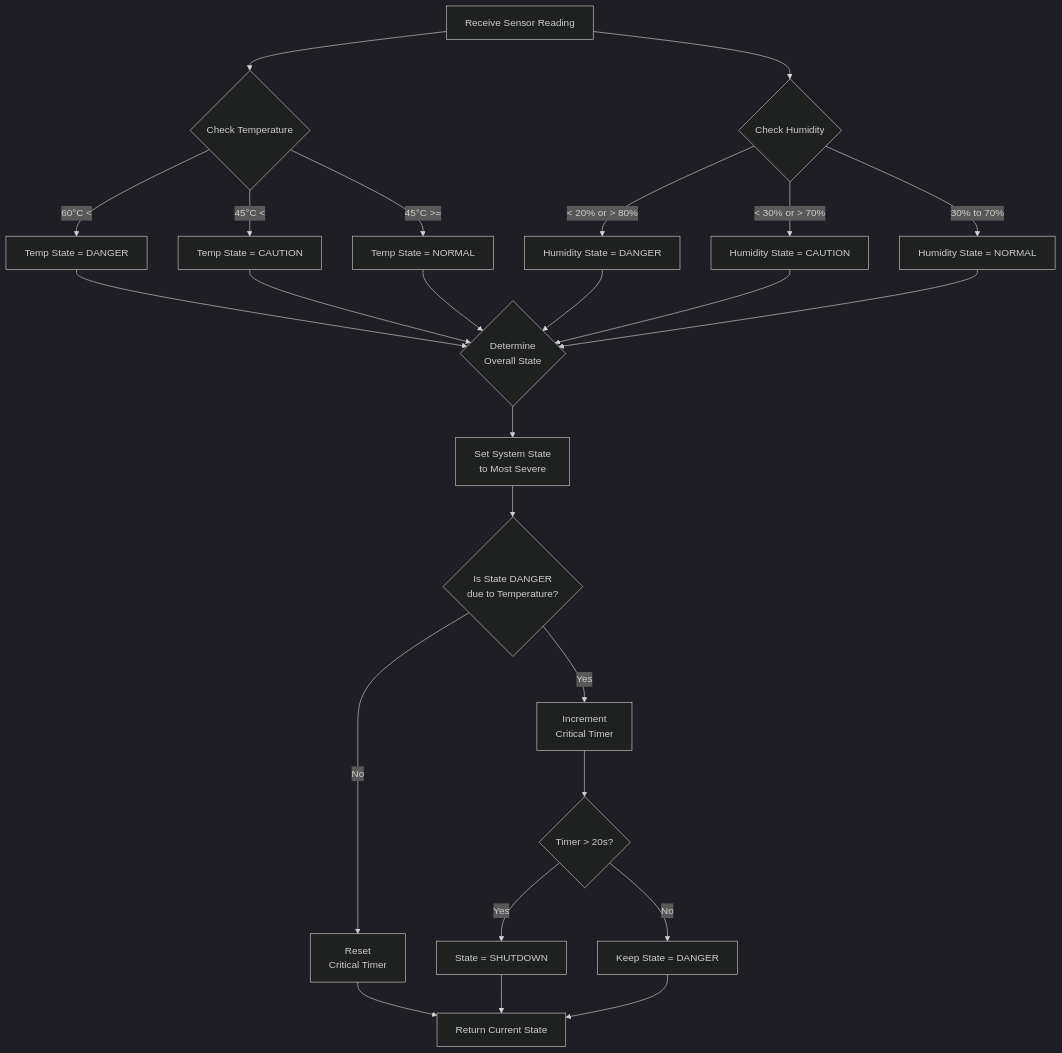
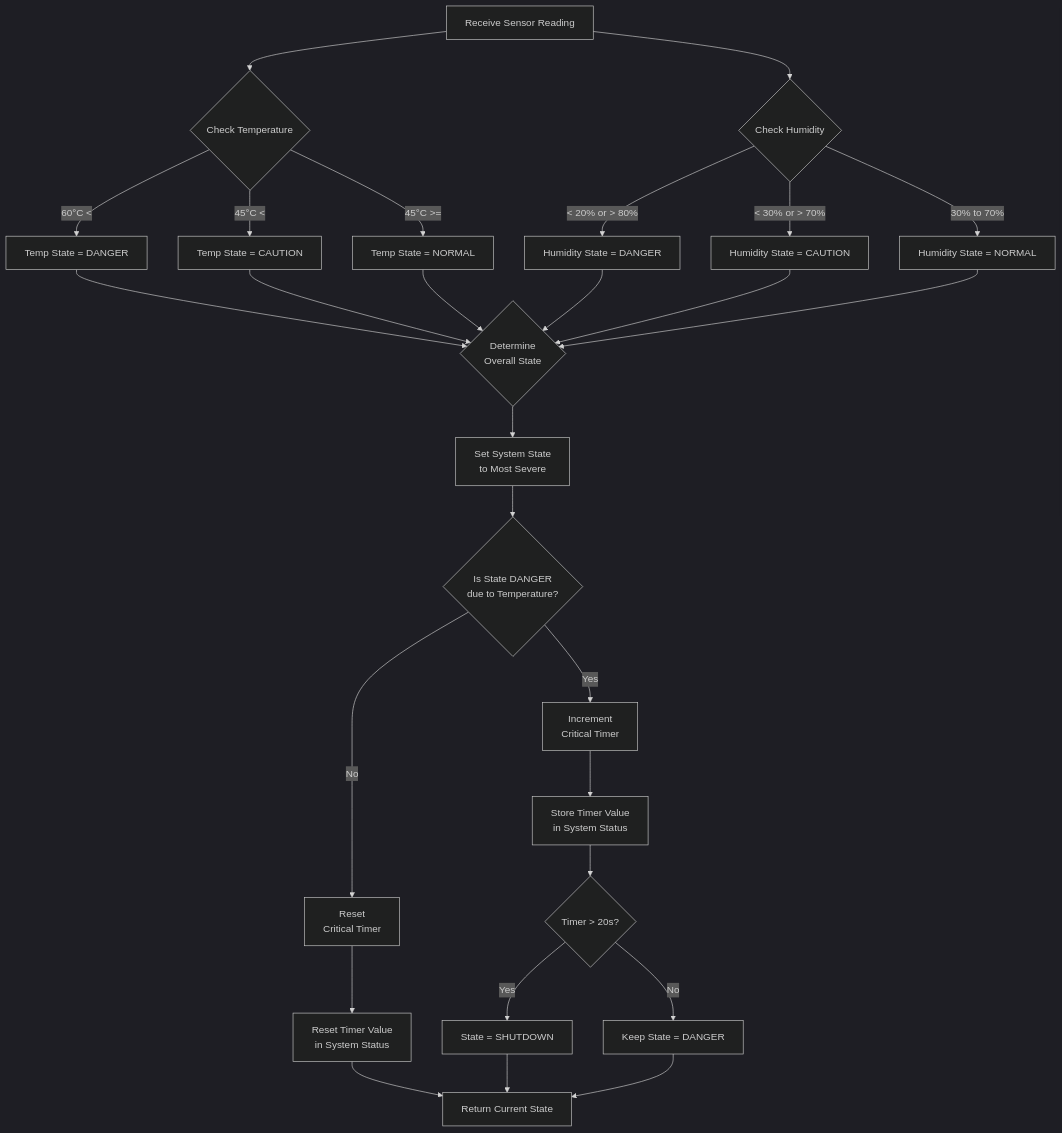
The fourth of 4 diagrams in docs/flowchart.md (Oshadha345/server-sentinel-c), drawn with Mermaid (dark theme) before and after one commit. The commit also changed other lines of this file, not shown here.

Commit message:
Update system logic flowchart for timer handling
Refines the flowchart in docs/flowchart.md to show explicit storing and resetting of the timer value in system status, clarifying the logic for timer management in the System Logic module.

````diff
--- a/docs/flowchart.md
+++ b/docs/flowchart.md
@@ -88,33 +86,35 @@
 ```mermaid
 graph TD
     A4[Receive Sensor Reading] --> B4{Check Temperature}
     B4 -- " 60°C < " --> C4[Temp State = DANGER]
     B4 -- " 45°C < " --> D4[Temp State = CAUTION]
     B4 -- " 45°C >= " --> E4[Temp State = NORMAL]
 
     A4 --> F4{Check Humidity}
     F4 -- " < 20% or > 80% " --> G4[Humidity State = DANGER]
     F4 -- " < 30% or > 70% " --> H4[Humidity State = CAUTION]
     F4 -- " 30% to 70% " --> I4[Humidity State = NORMAL]
     
     C4 --> J4{Determine<br>Overall State}
     D4 --> J4
     E4 --> J4
     G4 --> J4
     H4 --> J4
     I4 --> J4
     
     J4 --> K4[Set System State<br>to Most Severe]
     
     K4 --> L4{Is State DANGER<br>due to Temperature?}
     L4 -- Yes --> M4[Increment<br>Critical Timer]
     L4 -- No --> N4[Reset<br>Critical Timer]
     
-    M4 --> O4{Timer > 20s?}
+    M4 --> M4a[Store Timer Value<br>in System Status]
+    M4a --> O4{Timer > 20s?}
     O4 -- Yes --> P4[State = SHUTDOWN]
     O4 -- No --> Q4[Keep State = DANGER]
     
-    N4 --> R4[Return Current State]
+    N4 --> N4a[Reset Timer Value<br>in System Status]
+    N4a --> R4[Return Current State]
     P4 --> R4
     Q4 --> R4
 ```
````
